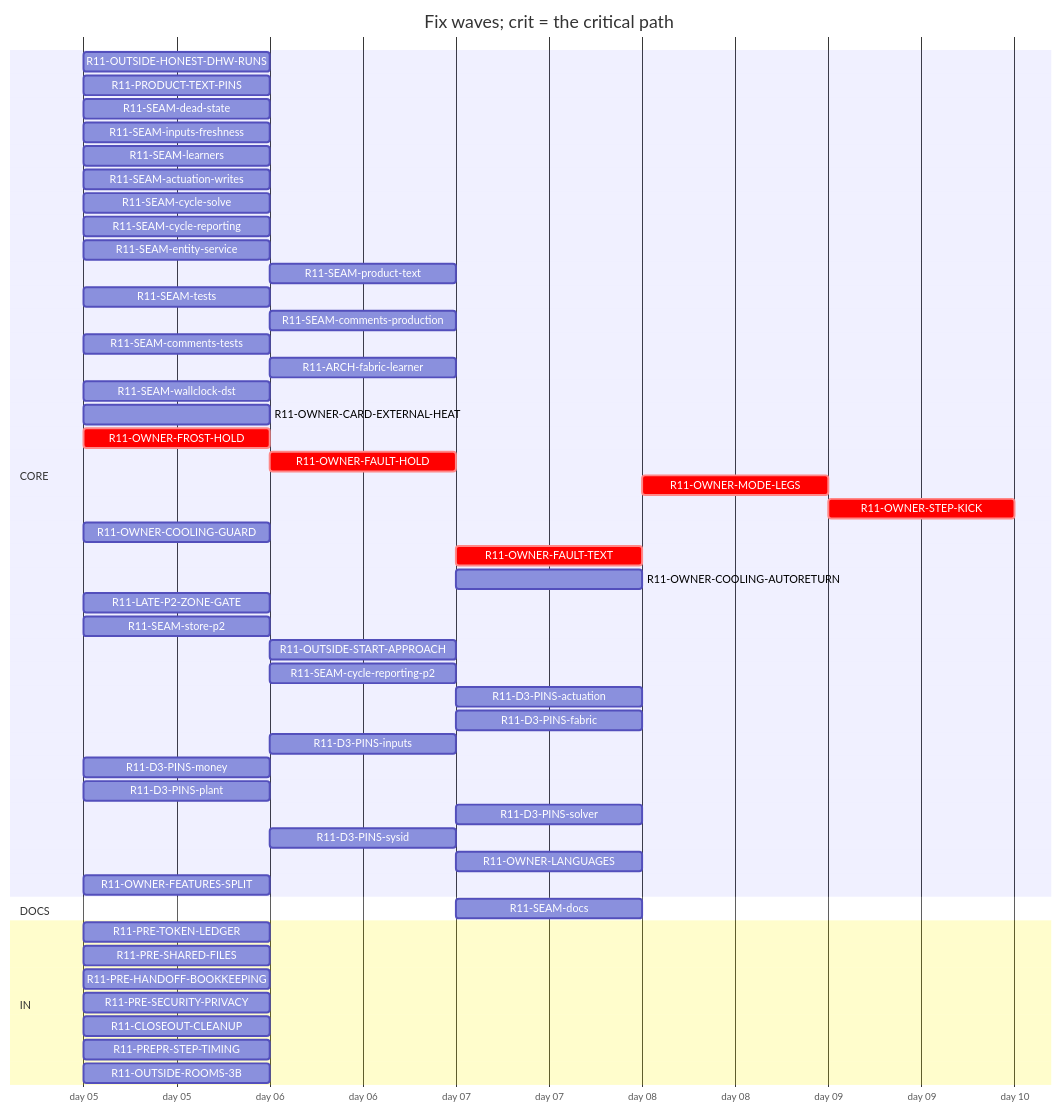
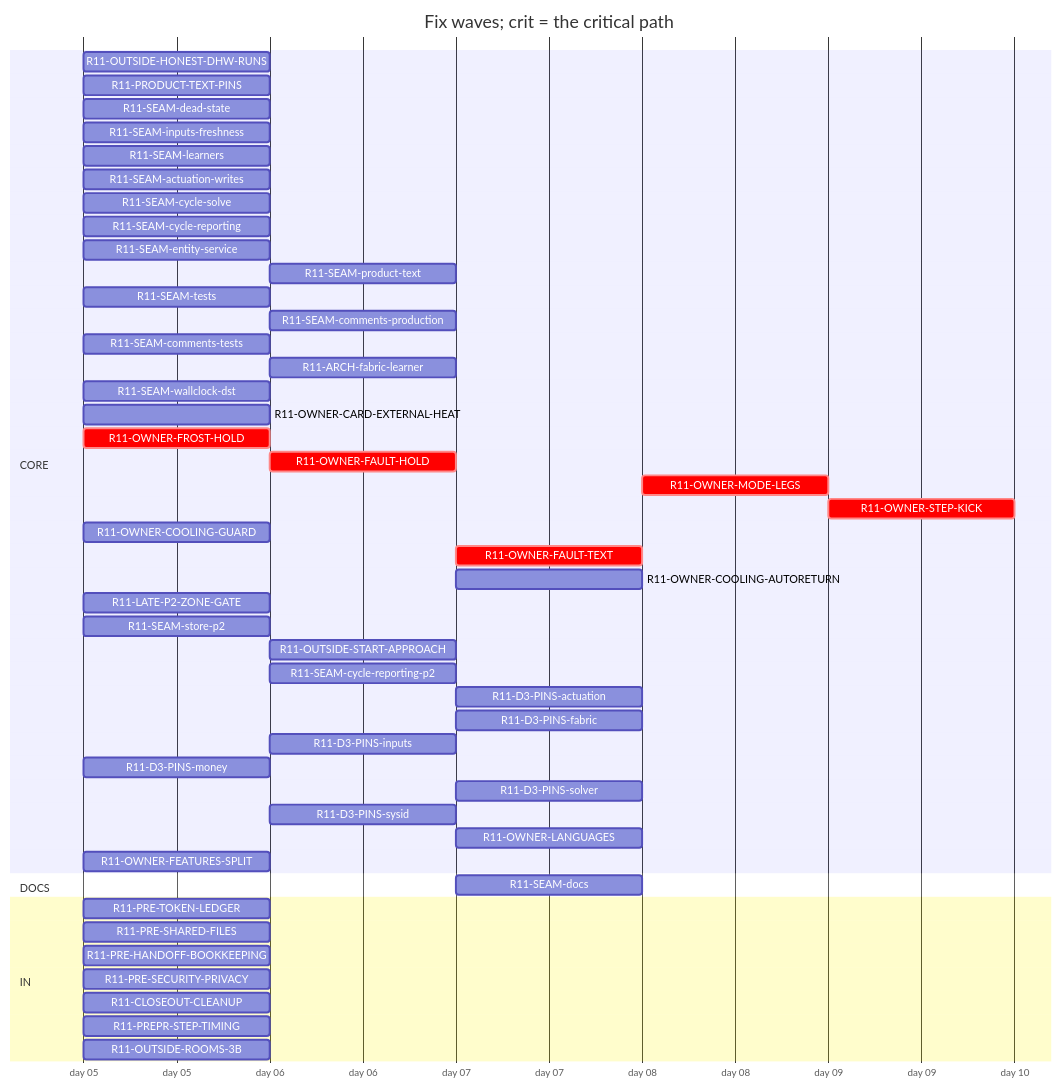
One commit to tvofi/heatpump_optimizer changed the diagram in handoff/round11/state/PLAN-TABLE.md. Above: the diagram before and after it, drawn with Mermaid. The commit also changed other lines of this file and 4 other files, not shown here.

Commit message:
state: FLOW-BOARD.md, NEXT-SESSION-PROMPT.md, PLAN-TABLE.md, PLAN.html, RESUME-CURRENT.md regenerated (state_docs.py)

````diff
--- a/handoff/round11/state/PLAN-TABLE.md
+++ b/handoff/round11/state/PLAN-TABLE.md
@@ -16,53 +16,52 @@
 ```mermaid
 gantt
   title Fix waves; crit = the critical path
   dateFormat YYYY-MM-DD
   axisFormat day %d
   section CORE
     R11-OUTSIDE-HONEST-DHW-RUNS :r11OUTSIDEHONESTDHWRUNS, 2026-01-05, 1d
     R11-PRODUCT-TEXT-PINS :r11PRODUCTTEXTPINS, 2026-01-05, 1d
     R11-SEAM-dead-state :r11SEAMdeadstate, 2026-01-05, 1d
     R11-SEAM-inputs-freshness :r11SEAMinputsfreshness, 2026-01-05, 1d
     R11-SEAM-learners :r11SEAMlearners, 2026-01-05, 1d
     R11-SEAM-actuation-writes :r11SEAMactuationwrites, 2026-01-05, 1d
     R11-SEAM-cycle-solve :r11SEAMcyclesolve, 2026-01-05, 1d
     R11-SEAM-cycle-reporting :r11SEAMcyclereporting, 2026-01-05, 1d
     R11-SEAM-entity-service :r11SEAMentityservice, 2026-01-05, 1d
     R11-SEAM-product-text :r11SEAMproducttext, after r11SEAMactuationwrites r11SEAMentityservice r11SEAMinputsfreshness r11SEAMcyclesolve r11SEAMcyclereporting, 1d
     R11-SEAM-tests :r11SEAMtests, 2026-01-05, 1d
     R11-SEAM-comments-production :r11SEAMcommentsproduction, after r11SEAMactuationwrites r11SEAMentityservice r11SEAMinputsfreshness r11SEAMcyclesolve r11SEAMcyclereporting, 1d
     R11-SEAM-comments-tests :r11SEAMcommentstests, 2026-01-05, 1d
     R11-ARCH-fabric-learner :r11ARCHfabriclearner, after r11SEAMlearners, 1d
     R11-SEAM-wallclock-dst :r11SEAMwallclockdst, 2026-01-05, 1d
     R11-OWNER-CARD-EXTERNAL-HEAT :r11OWNERCARDEXTERNALHEAT, 2026-01-05, 1d
     R11-OWNER-FROST-HOLD :crit, r11OWNERFROSTHOLD, 2026-01-05, 1d
     R11-OWNER-FAULT-HOLD :crit, r11OWNERFAULTHOLD, after r11OWNERFROSTHOLD, 1d
     R11-OWNER-MODE-LEGS :crit, r11OWNERMODELEGS, after r11OWNERFAULTTEXT, 1d
     R11-OWNER-STEP-KICK :crit, r11OWNERSTEPKICK, after r11OWNERMODELEGS, 1d
     R11-OWNER-COOLING-GUARD :r11OWNERCOOLINGGUARD, 2026-01-05, 1d
     R11-OWNER-FAULT-TEXT :crit, r11OWNERFAULTTEXT, after r11OWNERFAULTHOLD, 1d
     R11-OWNER-COOLING-AUTORETURN :r11OWNERCOOLINGAUTORETURN, after r11OWNERCOOLINGGUARD r11OWNERFAULTHOLD, 1d
     R11-LATE-P2-ZONE-GATE :r11LATEP2ZONEGATE, 2026-01-05, 1d
     R11-SEAM-store-p2 :r11SEAMstorep2, 2026-01-05, 1d
     R11-OUTSIDE-START-APPROACH :r11OUTSIDESTARTAPPROACH, after r11OUTSIDEHONESTDHWRUNS r11SEAMlearners, 1d
     R11-SEAM-cycle-reporting-p2 :r11SEAMcyclereportingp2, after r11SEAMcyclereporting r11SEAMactuationwrites r11SEAMlearners, 1d
     R11-D3-PINS-actuation :r11D3PINSactuation, after r11SEAMactuationwrites r11OWNERFAULTHOLD, 1d
     R11-D3-PINS-fabric :r11D3PINSfabric, after r11ARCHfabriclearner r11SEAMcyclereporting r11OUTSIDESTARTAPPROACH, 1d
     R11-D3-PINS-inputs :r11D3PINSinputs, after r11SEAMinputsfreshness, 1d
     R11-D3-PINS-money :r11D3PINSmoney, 2026-01-05, 1d
-    R11-D3-PINS-plant :r11D3PINSplant, 2026-01-05, 1d
     R11-D3-PINS-solver :r11D3PINSsolver, after r11OUTSIDESTARTAPPROACH r11SEAMcyclereporting, 1d
     R11-D3-PINS-sysid :r11D3PINSsysid, after r11SEAMlearners, 1d
     R11-OWNER-LANGUAGES :r11OWNERLANGUAGES, after r11SEAMproducttext, 1d
     R11-OWNER-FEATURES-SPLIT :r11OWNERFEATURESSPLIT, 2026-01-05, 1d
   section DOCS
     R11-SEAM-docs :r11SEAMdocs, after r11SEAMlearners r11SEAMactuationwrites r11SEAMentityservice r11SEAMinputsfreshness r11SEAMcyclesolve r11SEAMcyclereporting r11SEAMproducttext, 1d
   section IN
     R11-PRE-TOKEN-LEDGER :r11PRETOKENLEDGER, 2026-01-05, 1d
     R11-PRE-SHARED-FILES :r11PRESHAREDFILES, 2026-01-05, 1d
     R11-PRE-HANDOFF-BOOKKEEPING :r11PREHANDOFFBOOKKEEPING, 2026-01-05, 1d
     R11-PRE-SECURITY-PRIVACY :r11PRESECURITYPRIVACY, 2026-01-05, 1d
     R11-CLOSEOUT-CLEANUP :r11CLOSEOUTCLEANUP, 2026-01-05, 1d
     R11-PREPR-STEP-TIMING :r11PREPRSTEPTIMING, 2026-01-05, 1d
     R11-OUTSIDE-ROOMS-3B :r11OUTSIDEROOMS3B, 2026-01-05, 1d
 ```
````
